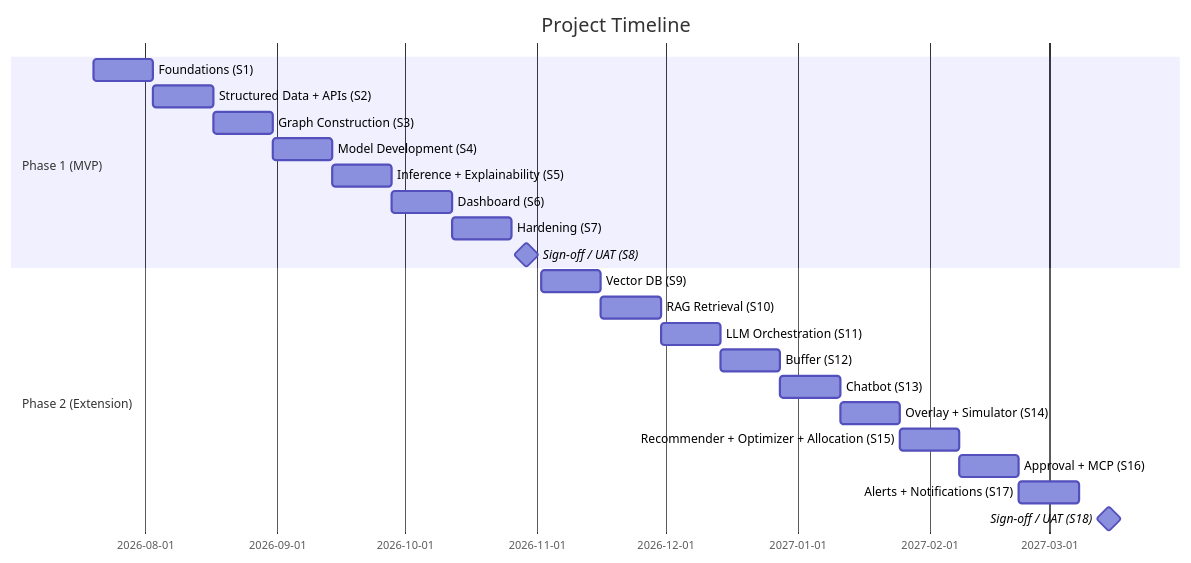
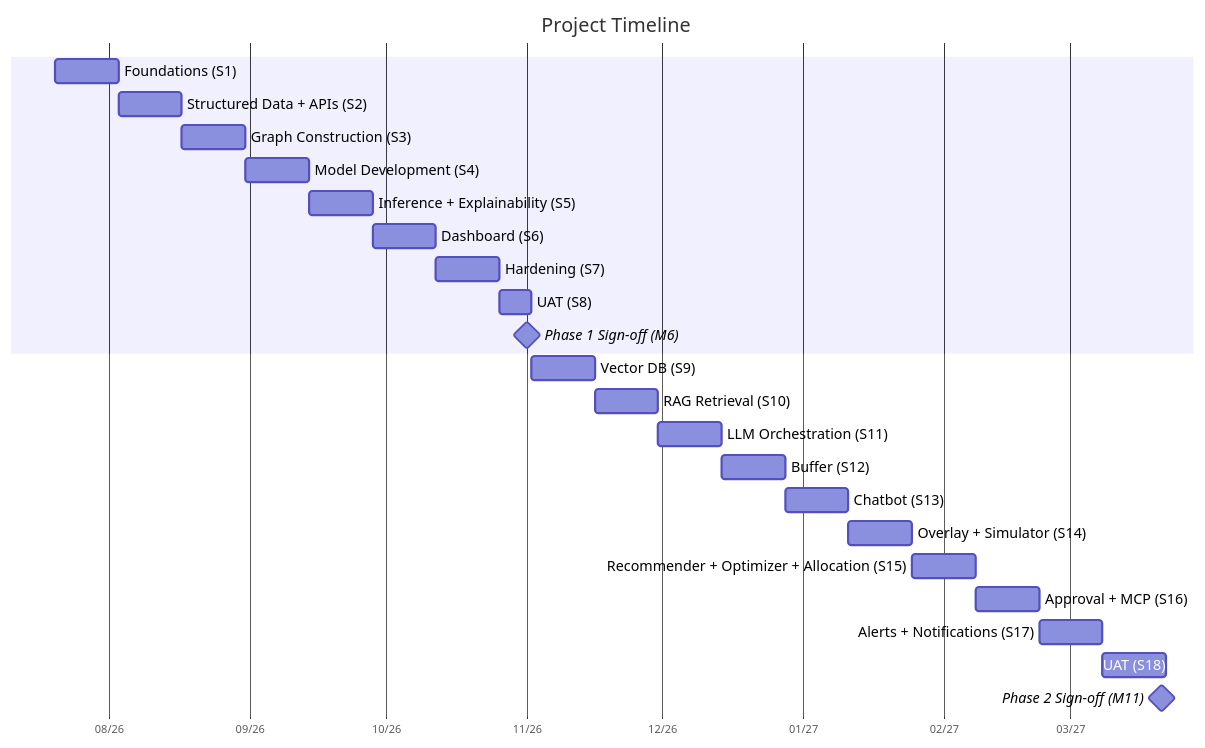
One commit to murali-ftw/ChainPilot changed the fourth of 4 diagrams in docs/14_Project_Roadmap.md. Above: the diagram before and after it, drawn with Mermaid. The commit also changed other lines of this file and 1 other file, not shown here.

Commit message:
Created Roadmap and System Flow Illustration

````diff
--- a/docs/14_Project_Roadmap.md
+++ b/docs/14_Project_Roadmap.md
@@ -171,25 +206,28 @@
 ```mermaid
+%%{init: {'gantt': {'useMaxWidth': false, 'axisFormat': '%m/%y', 'tickInterval': '1month', 'topPadding': 50, 'leftPadding': 40, 'rightPadding': 50, 'barHeight': 22, 'barGap': 8, 'fontSize': 13, 'sectionFontSize': 13}}}%%
 gantt
     title Project Timeline
     dateFormat  YYYY-MM-DD
-    section Phase 1 (MVP)
-    Foundations (S1)              :2026-07-20, 14d
-    Structured Data + APIs (S2)   :2026-08-03, 14d
-    Graph Construction (S3)       :2026-08-17, 14d
-    Model Development (S4)        :2026-08-31, 14d
-    Inference + Explainability (S5) :2026-09-14, 14d
-    Dashboard (S6)                :2026-09-28, 14d
-    Hardening (S7)                :2026-10-12, 14d
-    Sign-off / UAT (S8)           :milestone, 2026-10-26, 7d
-    section Phase 2 (Extension)
-    Vector DB (S9)                :2026-11-02, 14d
-    RAG Retrieval (S10)           :2026-11-16, 14d
-    LLM Orchestration (S11)       :2026-11-30, 14d
-    Buffer (S12)                  :2026-12-14, 14d
-    Chatbot (S13)                 :2026-12-28, 14d
-    Overlay + Simulator (S14)     :2027-01-11, 14d
-    Recommender + Optimizer + Allocation (S15) :2027-01-25, 14d
-    Approval + MCP (S16)          :2027-02-08, 14d
-    Alerts + Notifications (S17)  :2027-02-22, 14d
-    Sign-off / UAT (S18)          :milestone, 2027-03-08, 14d
+    section  
+    Foundations (S1)                            :2026-07-20, 14d
+    Structured Data + APIs (S2)                 :2026-08-03, 14d
+    Graph Construction (S3)                     :2026-08-17, 14d
+    Model Development (S4)                      :2026-08-31, 14d
+    Inference + Explainability (S5)             :2026-09-14, 14d
+    Dashboard (S6)                               :2026-09-28, 14d
+    Hardening (S7)                               :2026-10-12, 14d
+    UAT (S8)                                     :2026-10-26, 7d
+    Phase 1 Sign-off (M6)                        :milestone, 2026-11-01, 0d
+    section   
+    Vector DB (S9)                               :2026-11-02, 14d
+    RAG Retrieval (S10)                          :2026-11-16, 14d
+    LLM Orchestration (S11)                      :2026-11-30, 14d
+    Buffer (S12)                                 :2026-12-14, 14d
+    Chatbot (S13)                                :2026-12-28, 14d
+    Overlay + Simulator (S14)                    :2027-01-11, 14d
+    Recommender + Optimizer + Allocation (S15)   :2027-01-25, 14d
+    Approval + MCP (S16)                         :2027-02-08, 14d
+    Alerts + Notifications (S17)                 :2027-02-22, 14d
+    UAT (S18)                                    :2027-03-08, 14d
+    Phase 2 Sign-off (M11)                       :milestone, 2027-03-21, 0d
 ```
````
